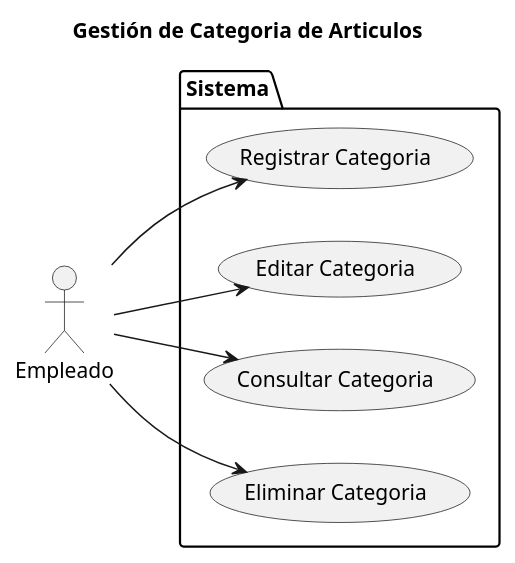
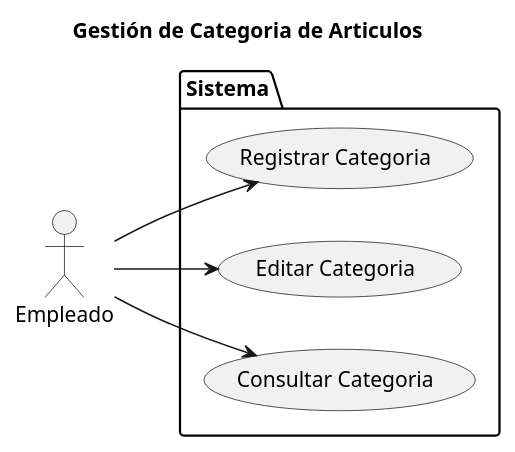
One commit to marcelolezcanodev/GarageGuru changed the diagram in Diagramas/caso_de_uso_Categoria.plantuml. Above: the diagram before and after it, drawn with PlantUML. The commit also changed 11 other files, not shown here.

```diff
--- a/Diagramas/caso_de_uso_Categoria.plantuml
+++ b/Diagramas/caso_de_uso_Categoria.plantuml
@@ -1,23 +1,23 @@
 @startuml CU_Categoria
 
 left to right direction
 
 title Gestión de Categoria de Articulos
 
 actor Empleado as User
 
 package Sistema {
 
     USECASE "Registrar Categoria" as UC_Registrar
     USECASE "Editar Categoria" as UC_Editar
     USECASE "Consultar Categoria" as UC_Consultar
-    USECASE "Eliminar Categoria" as UC_Eliminar
+    'USECASE "Eliminar Categoria" as UC_Eliminar
 
 }
 
 User --> UC_Registrar
 User --> UC_Editar
 User --> UC_Consultar
-User --> UC_Eliminar
+'User --> UC_Eliminar
 
 @enduml
```
